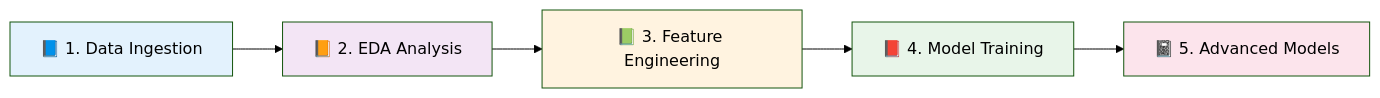
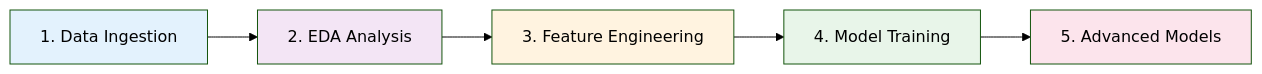
One commit to er-vinay-india/healthcare-vuln-prioritization-ltr changed the diagram in cti_recommender/README.md. Above: the diagram before and after it, drawn with Mermaid (forest theme). The commit also changed other lines of this file and 97 other files, not shown here.

````diff
--- a/cti_recommender/README.md
+++ b/cti_recommender/README.md
@@ -38,13 +38,13 @@
 ```mermaid
 flowchart LR
-    N1[📘 1. Data Ingestion] --> N2[📙 2. EDA Analysis]
-    N2 --> N3[📗 3. Feature Engineering]
-    N3 --> N4[📕 4. Model Training]
-    N4 --> N5[📓 5. Advanced Models]
+    N1[ 1. Data Ingestion] --> N2[ 2. EDA Analysis]
+    N2 --> N3[ 3. Feature Engineering]
+    N3 --> N4[ 4. Model Training]
+    N4 --> N5[ 5. Advanced Models]
     
     style N1 fill:#e3f2fd
     style N2 fill:#f3e5f5
     style N3 fill:#fff3e0
     style N4 fill:#e8f5e9
     style N5 fill:#fce4ec
 ```
````
